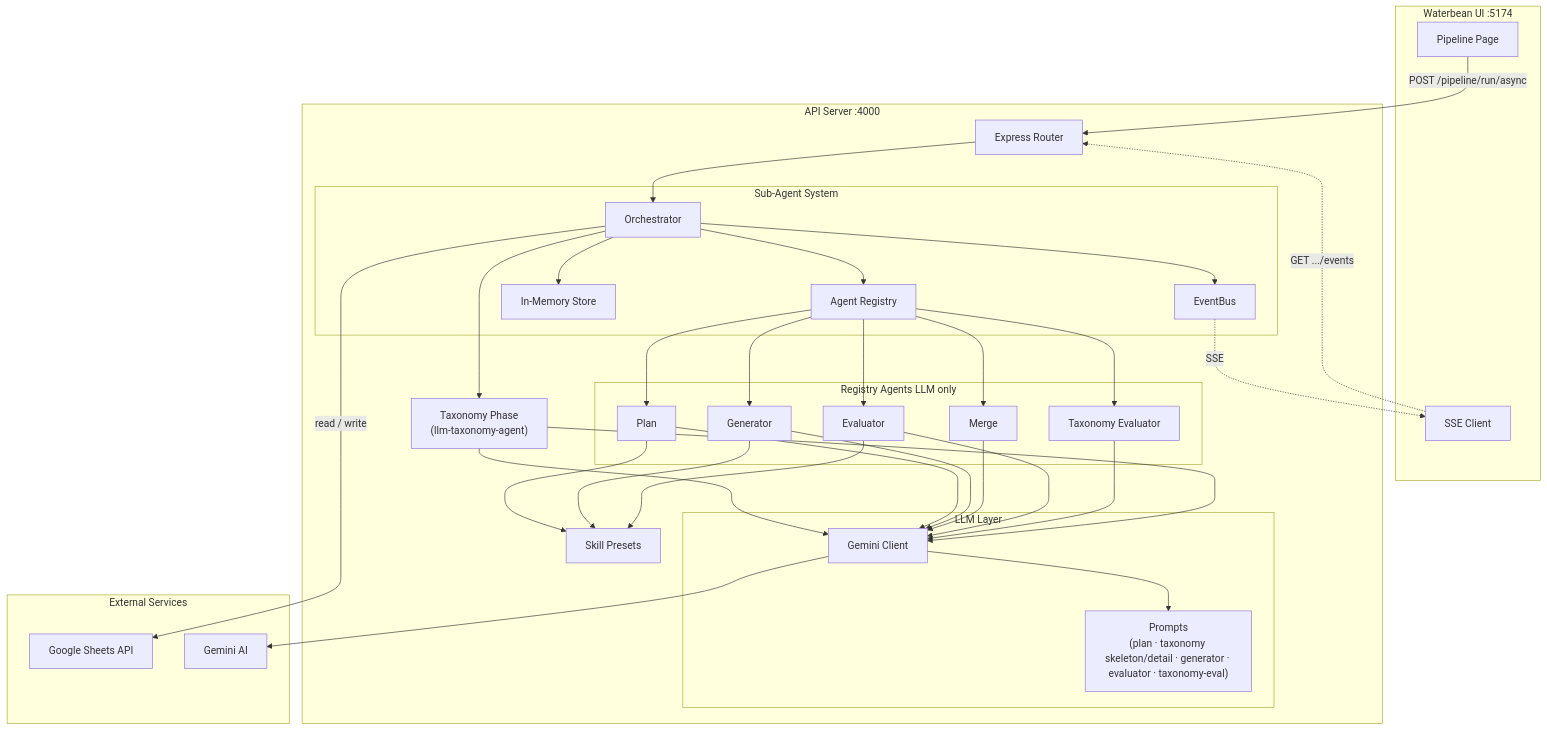
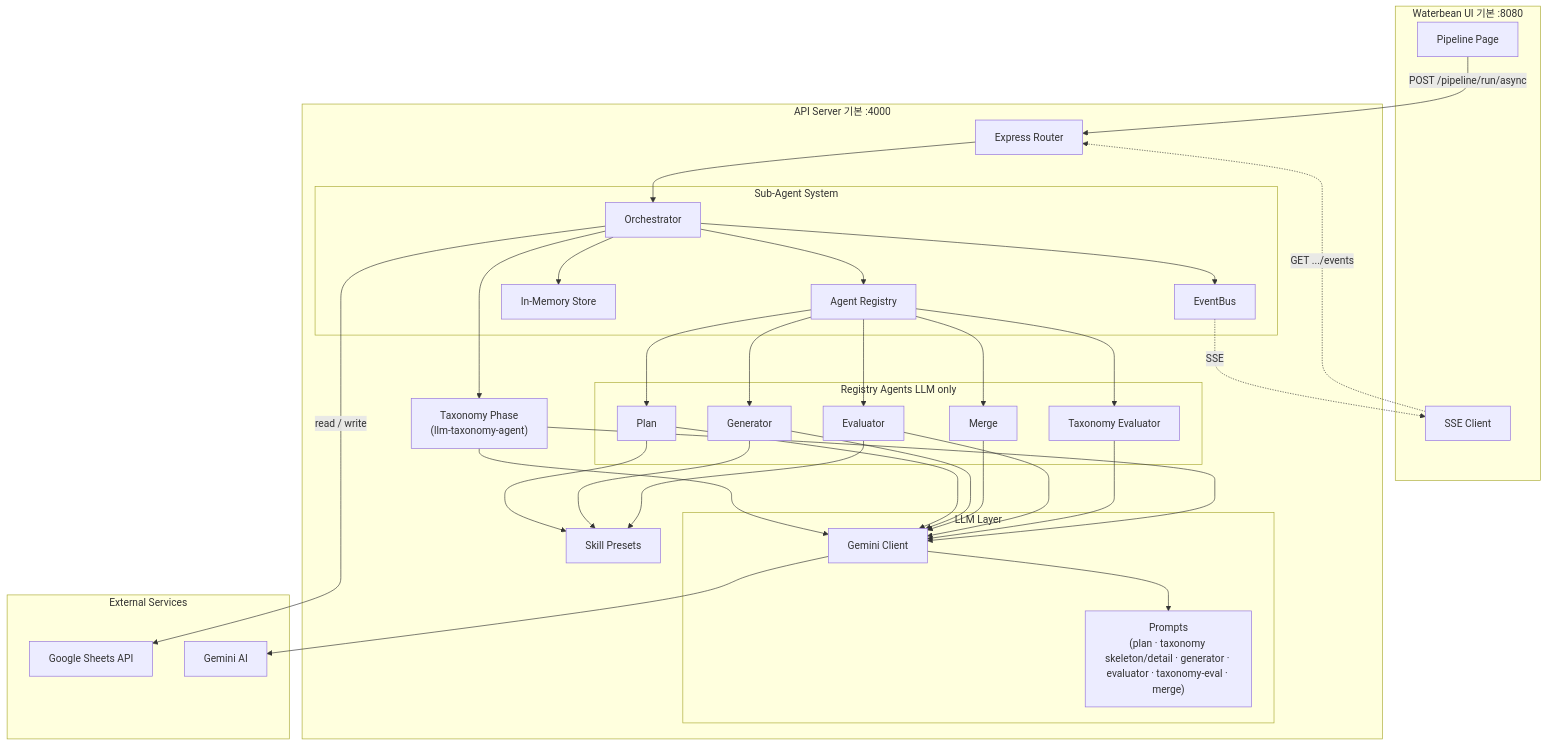
Before and after one commit to hrk-day1/waterbean: the first of 2 diagrams in README.md, drawn with Mermaid. The commit also changed other lines of this file and 5 other files, not shown here.

````diff
--- a/README.md
+++ b/README.md
@@ -90,61 +121,61 @@
 ```mermaid
 graph TB
-    subgraph client [Waterbean UI :5174]
+    subgraph client [Waterbean UI 기본 :8080]
         PipelinePage["Pipeline Page"]
         SSEClient["SSE Client"]
     end
 
-    subgraph server [API Server :4000]
+    subgraph server [API Server 기본 :4000]
         Router["Express Router"]
 
         subgraph agentSystem [Sub-Agent System]
             Orchestrator
             EventBus
             Registry["Agent Registry"]
             Store["In-Memory Store"]
         end
 
         subgraph agents [Registry Agents LLM only]
             PlanLLM["Plan"]
             GenLLM["Generator"]
             MergeLLM["Merge"]
             EvalLLM["Evaluator"]
             TaxEvalLLM["Taxonomy Evaluator"]
         end
 
         subgraph llm [LLM Layer]
             GeminiClient["Gemini Client"]
-            Prompts["Prompts\n(plan · taxonomy skeleton/detail · generator · evaluator · taxonomy-eval)"]
+            Prompts["Prompts\n(plan · taxonomy skeleton/detail · generator · evaluator · taxonomy-eval · merge)"]
         end
 
         TaxonomyPhase["Taxonomy Phase\n(llm-taxonomy-agent)"]
         Skills["Skill Presets"]
     end
 
     subgraph external [External Services]
         Sheets["Google Sheets API"]
         Gemini["Gemini AI"]
     end
 
     PipelinePage -->|"POST /pipeline/run/async"| Router
     SSEClient -.->|"GET .../events"| Router
 
     Router --> Orchestrator
     Orchestrator --> Registry
     Registry --> PlanLLM & GenLLM & MergeLLM & EvalLLM & TaxEvalLLM
 
     Orchestrator --> TaxonomyPhase
     TaxonomyPhase --> GeminiClient
 
     Orchestrator --> EventBus
     EventBus -.->|SSE| SSEClient
     Orchestrator --> Store
 
     PlanLLM & GenLLM & MergeLLM & EvalLLM & TaxEvalLLM & TaxonomyPhase --> GeminiClient
     GeminiClient --> Prompts
     GeminiClient --> Gemini
 
     PlanLLM & GenLLM & EvalLLM --> Skills
 
     Orchestrator -->|"read / write"| Sheets
 ```
````
